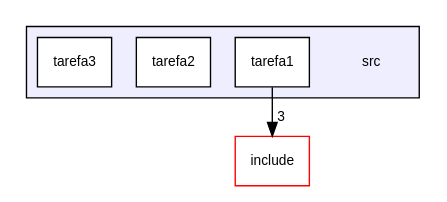
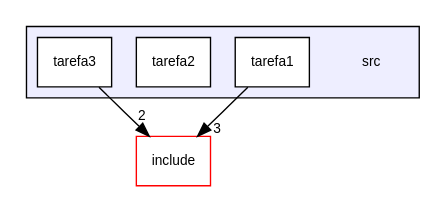
One commit to EduardoRique/lab6 changed the diagram in doc/dir_68267d1309a1af8e8297ef4c3efbcdba_dep.dot. Above: the diagram before and after it, drawn with Graphviz. The commit also changed 87 other files, not shown here.

```diff
--- a/doc/dir_68267d1309a1af8e8297ef4c3efbcdba_dep.dot
+++ b/doc/dir_68267d1309a1af8e8297ef4c3efbcdba_dep.dot
@@ -1,14 +1,15 @@
 digraph "src" {
   compound=true
   node [ fontsize="10", fontname="Helvetica"];
   edge [ labelfontsize="10", labelfontname="Helvetica"];
   subgraph clusterdir_68267d1309a1af8e8297ef4c3efbcdba {
     graph [ bgcolor="#eeeeff", pencolor="black", label="" URL="dir_68267d1309a1af8e8297ef4c3efbcdba.html"];
     dir_68267d1309a1af8e8297ef4c3efbcdba [shape=plaintext label="src"];
     dir_bc7736c6594e07983ed7346e0029c6f4 [shape=box label="tarefa1" color="black" fillcolor="white" style="filled" URL="dir_bc7736c6594e07983ed7346e0029c6f4.html"];
     dir_a4ebae6655c731719c3b46885615bcce [shape=box label="tarefa2" color="black" fillcolor="white" style="filled" URL="dir_a4ebae6655c731719c3b46885615bcce.html"];
     dir_6411b01aef34fd18fbfc8a499a7f0c78 [shape=box label="tarefa3" color="black" fillcolor="white" style="filled" URL="dir_6411b01aef34fd18fbfc8a499a7f0c78.html"];
   }
   dir_d44c64559bbebec7f509842c48db8b23 [shape=box label="include" fillcolor="white" style="filled" color="red" URL="dir_d44c64559bbebec7f509842c48db8b23.html"];
-  dir_bc7736c6594e07983ed7346e0029c6f4->dir_d44c64559bbebec7f509842c48db8b23 [headlabel="3", labeldistance=1.5 headhref="dir_000007_000000.html"];
+  dir_6411b01aef34fd18fbfc8a499a7f0c78->dir_d44c64559bbebec7f509842c48db8b23 [headlabel="2", labeldistance=1.5 headhref="dir_000007_000000.html"];
+  dir_bc7736c6594e07983ed7346e0029c6f4->dir_d44c64559bbebec7f509842c48db8b23 [headlabel="3", labeldistance=1.5 headhref="dir_000005_000000.html"];
 }
```
